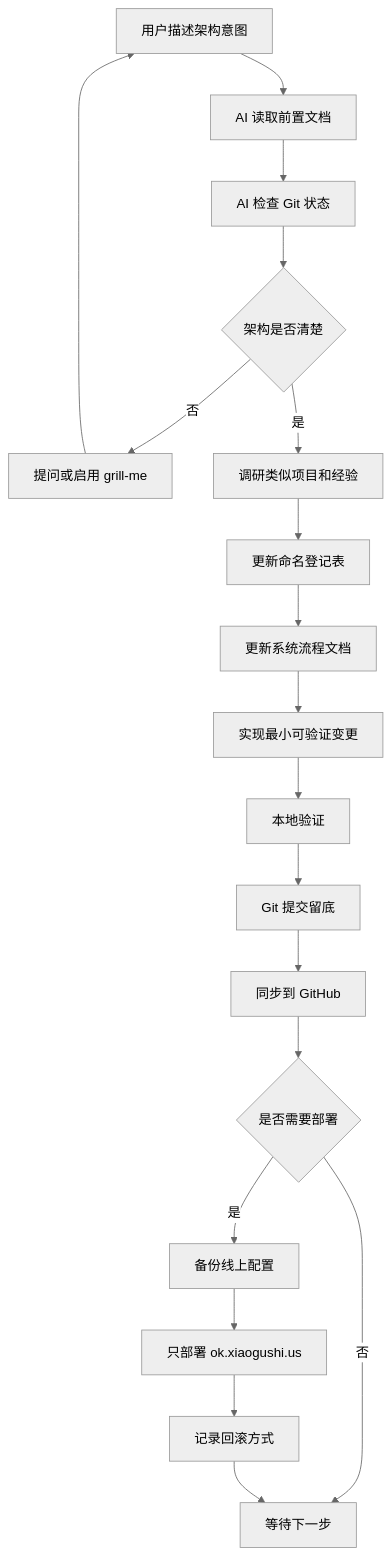
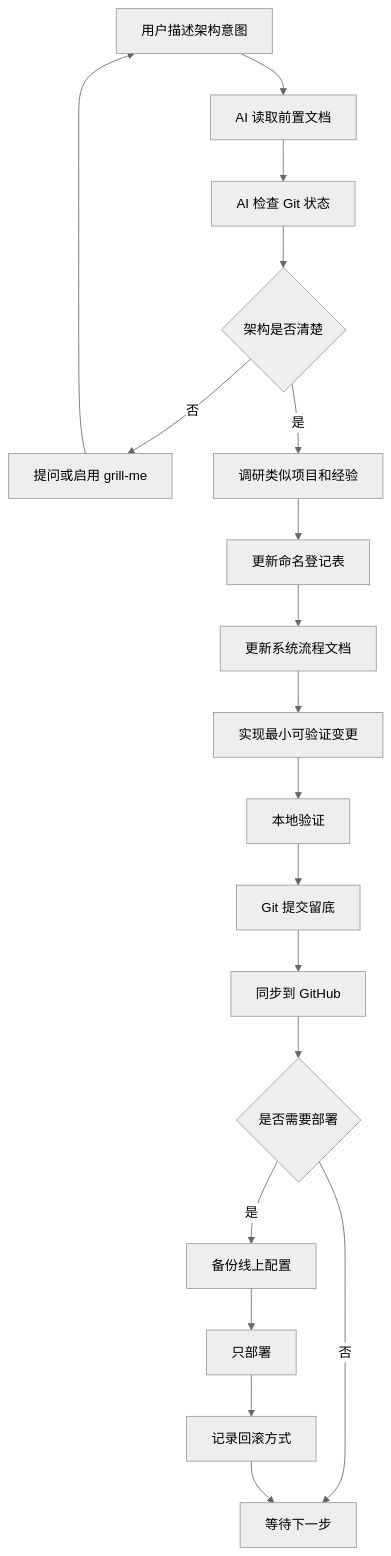
The first of 30 diagrams in docs/SYSTEM_FLOW.md (ttmanthatman/virtual-human-flow), drawn with Mermaid (neutral theme) before and after one commit. The commit also changed other lines of this file and 8 other files, not shown here.

````diff
--- a/docs/SYSTEM_FLOW.md
+++ b/docs/SYSTEM_FLOW.md
@@ -39,21 +39,21 @@
 ```mermaid
 flowchart TD
     A[用户描述架构意图] --> B[AI 读取前置文档]
     B --> C[AI 检查 Git 状态]
     C --> D{架构是否清楚}
     D -- 否 --> E[提问或启用 grill-me]
     E --> A
     D -- 是 --> F[调研类似项目和经验]
     F --> G[更新命名登记表]
     G --> H[更新系统流程文档]
     H --> I[实现最小可验证变更]
     I --> J[本地验证]
     J --> K[Git 提交留底]
     K --> L[同步到 GitHub]
     L --> M{是否需要部署}
     M -- 是 --> N[备份线上配置]
-    N --> O[只部署 ok.xiaogushi.us]
+    N --> O[只部署 <production-domain>]
     O --> P[记录回滚方式]
     M -- 否 --> Q[等待下一步]
     P --> Q
 ```
````
